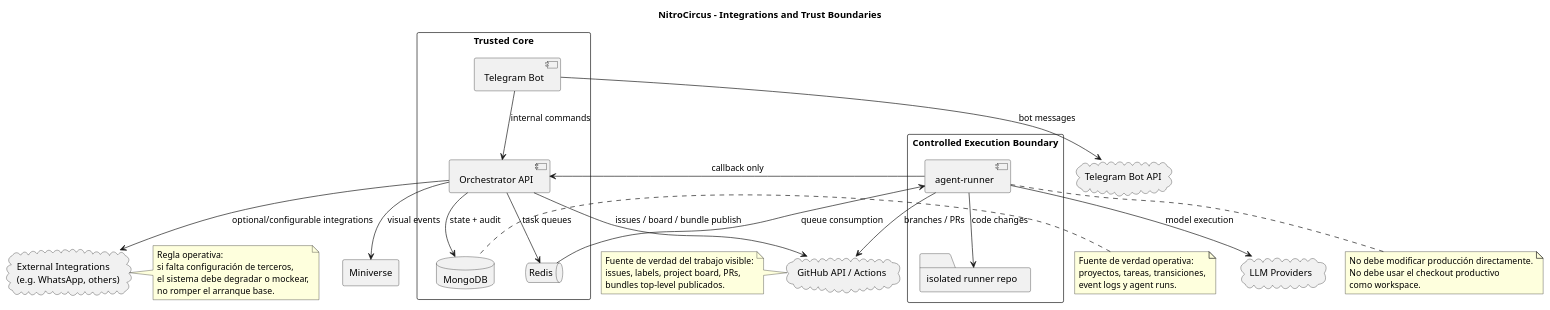
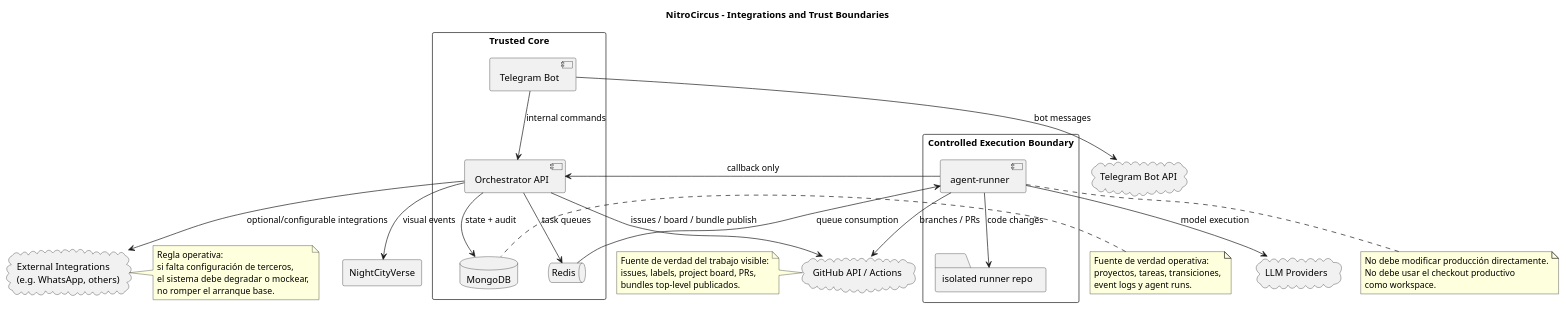
One commit to eruizpy/nitrocircus changed the diagram in docs/plantuml/05_integrations_and_boundaries.puml. Above: the diagram before and after it, drawn with PlantUML. The commit also changed 30 other files, not shown here.

```diff
--- a/docs/plantuml/05_integrations_and_boundaries.puml
+++ b/docs/plantuml/05_integrations_and_boundaries.puml
@@ -1,64 +1,64 @@
 @startuml
 title NitroCircus - Integrations and Trust Boundaries
 
 skinparam backgroundColor white
 skinparam packageStyle rectangle
 skinparam shadowing false
 
 rectangle "Trusted Core" {
   component "Telegram Bot" as BOT
   component "Orchestrator API" as API
   database "MongoDB" as DB
   queue "Redis" as REDIS
 }
 
 rectangle "Controlled Execution Boundary" {
   component "agent-runner" as RUNNER
   folder "isolated runner repo" as RR
 }
 
 cloud "GitHub API / Actions" as GH
 cloud "Telegram Bot API" as TG
 cloud "LLM Providers" as LLM
-rectangle "Miniverse" as MV
+rectangle "NightCityVerse" as MV
 cloud "External Integrations\n(e.g. WhatsApp, others)" as EXT
 
 BOT --> TG : bot messages
 BOT --> API : internal commands
 API --> DB : state + audit
 API --> REDIS : task queues
 API --> GH : issues / board / bundle publish
 API --> MV : visual events
 REDIS --> RUNNER : queue consumption
 RUNNER --> RR : code changes
 RUNNER --> API : callback only
 RUNNER --> GH : branches / PRs
 RUNNER --> LLM : model execution
 API --> EXT : optional/configurable integrations
 
 note right of EXT
 Regla operativa:
 si falta configuración de terceros,
 el sistema debe degradar o mockear,
 no romper el arranque base.
 end note
 
 note bottom of RUNNER
 No debe modificar producción directamente.
 No debe usar el checkout productivo
 como workspace.
 end note
 
 note left of GH
 Fuente de verdad del trabajo visible:
 issues, labels, project board, PRs,
 bundles top-level publicados.
 end note
 
 note left of DB
 Fuente de verdad operativa:
 proyectos, tareas, transiciones,
 event logs y agent runs.
 end note
 
 @enduml
```
